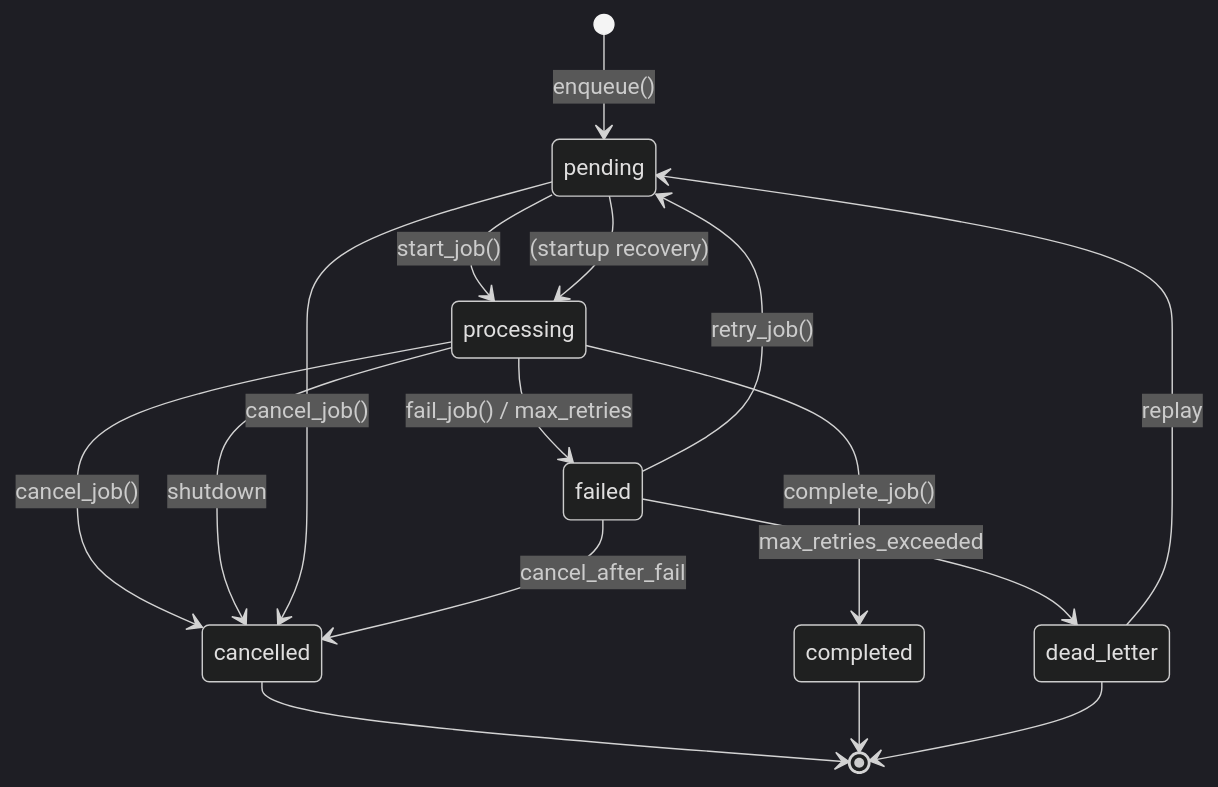
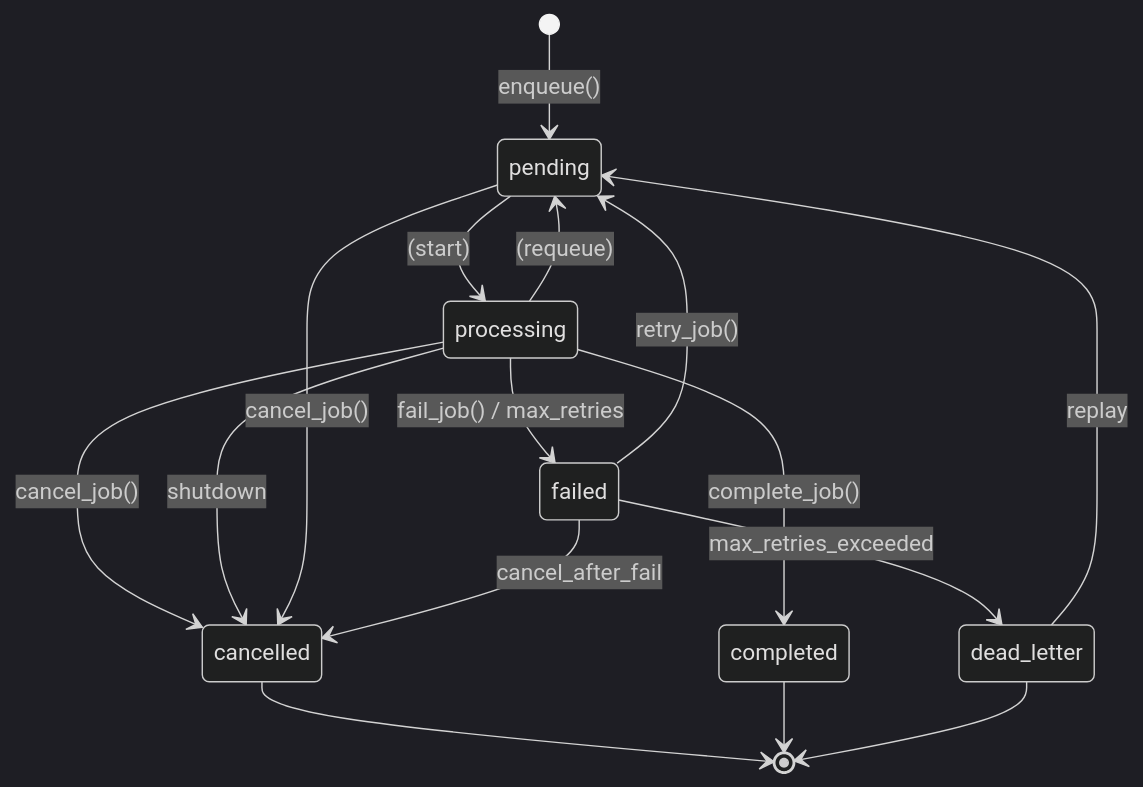
The seventh of 9 diagrams in docs/architecture/job-task-pause-resume.md (disillusioners/ensemble), drawn with Mermaid (dark theme) before and after one commit. The commit also changed other lines of this file, not shown here.

First line of the commit message:
docs: fix architecture doc — 9 corrections from review feedback

````diff
--- a/docs/architecture/job-task-pause-resume.md
+++ b/docs/architecture/job-task-pause-resume.md
@@ -794,18 +798,18 @@
 ```mermaid
 stateDiagram-v2
     [*] --> pending: enqueue()
-    pending --> processing: start_job()
+    pending --> processing: (start)
     processing --> completed: complete_job()
     processing --> failed: fail_job() / max_retries
     processing --> cancelled: cancel_job()
     processing --> cancelled: shutdown
     pending --> cancelled: cancel_job()
-    pending --> processing: (startup recovery)
+    processing --> pending: (requeue)
     failed --> pending: retry_job()
     failed --> dead_letter: max_retries_exceeded
     failed --> cancelled: cancel_after_fail
     dead_letter --> pending: replay
     cancelled --> [*]
     completed --> [*]
     dead_letter --> [*]
 ```
````
